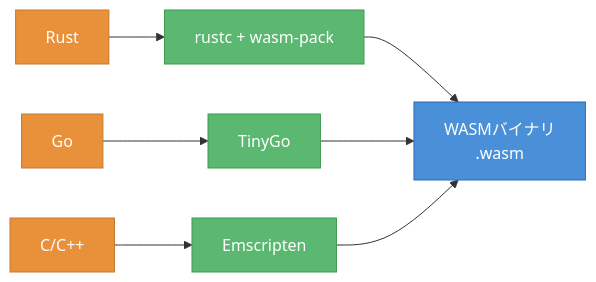
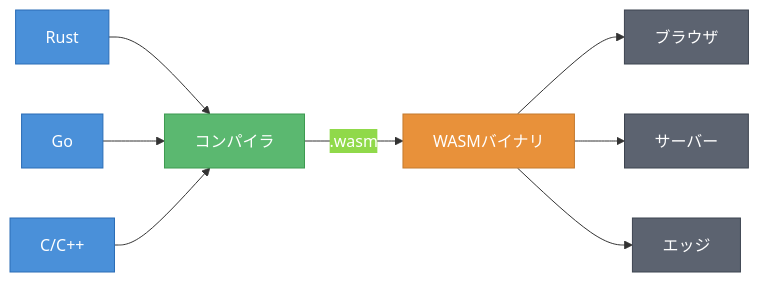
Before and after one commit to sogawa-yk/claude-code-book-write-template-test: the first of 4 diagrams in manuscript/ch01/ch01.md, drawn with Mermaid. The commit also changed other lines of this file and 29 other files, not shown here.

````diff
--- a/manuscript/ch01/ch01.md
+++ b/manuscript/ch01/ch01.md
@@ -13,11 +15,16 @@
 ```mermaid
 %%{init: {'theme': 'base', 'themeVariables': {'primaryColor': '#4A90D9', 'primaryTextColor': '#FFFFFF', 'primaryBorderColor': '#2A6CB6', 'lineColor': '#333333', 'textColor': '#1A1A1A', 'background': 'transparent'}}}%%
 graph LR
-    Rust[Rust]:::sub --> Compiler1[rustc + wasm-pack]:::tool --> WASM[WASMバイナリ\n.wasm]:::main
-    Go[Go]:::sub --> Compiler2[TinyGo]:::tool --> WASM
-    C[C/C++]:::sub --> Compiler3[Emscripten]:::tool --> WASM
+    A[Rust]:::main --> D[コンパイラ]:::tool
+    B[Go]:::main --> D
+    C["C/C++"]:::main --> D
+    D -->|".wasm"| E[WASMバイナリ]:::sub
+    E --> F[ブラウザ]:::user
+    E --> G[サーバー]:::user
+    E --> H[エッジ]:::user
 
     classDef main fill:#4A90D9,stroke:#2A6CB6,color:#FFFFFF
     classDef sub fill:#E8913A,stroke:#C47A2F,color:#FFFFFF
     classDef tool fill:#5BB870,stroke:#3D9A50,color:#FFFFFF
+    classDef user fill:#5C6370,stroke:#3D4450,color:#FFFFFF
 ```
````
